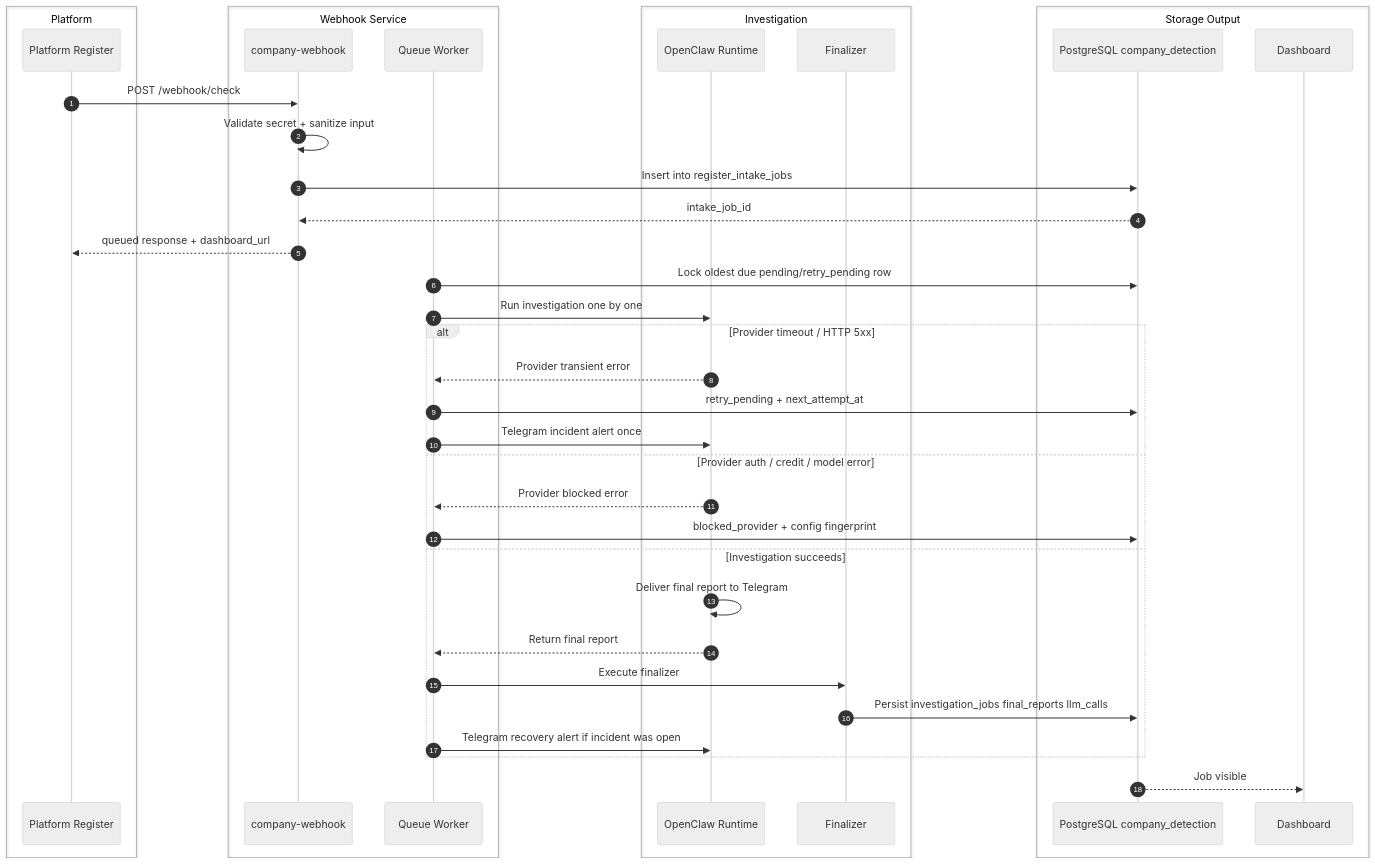
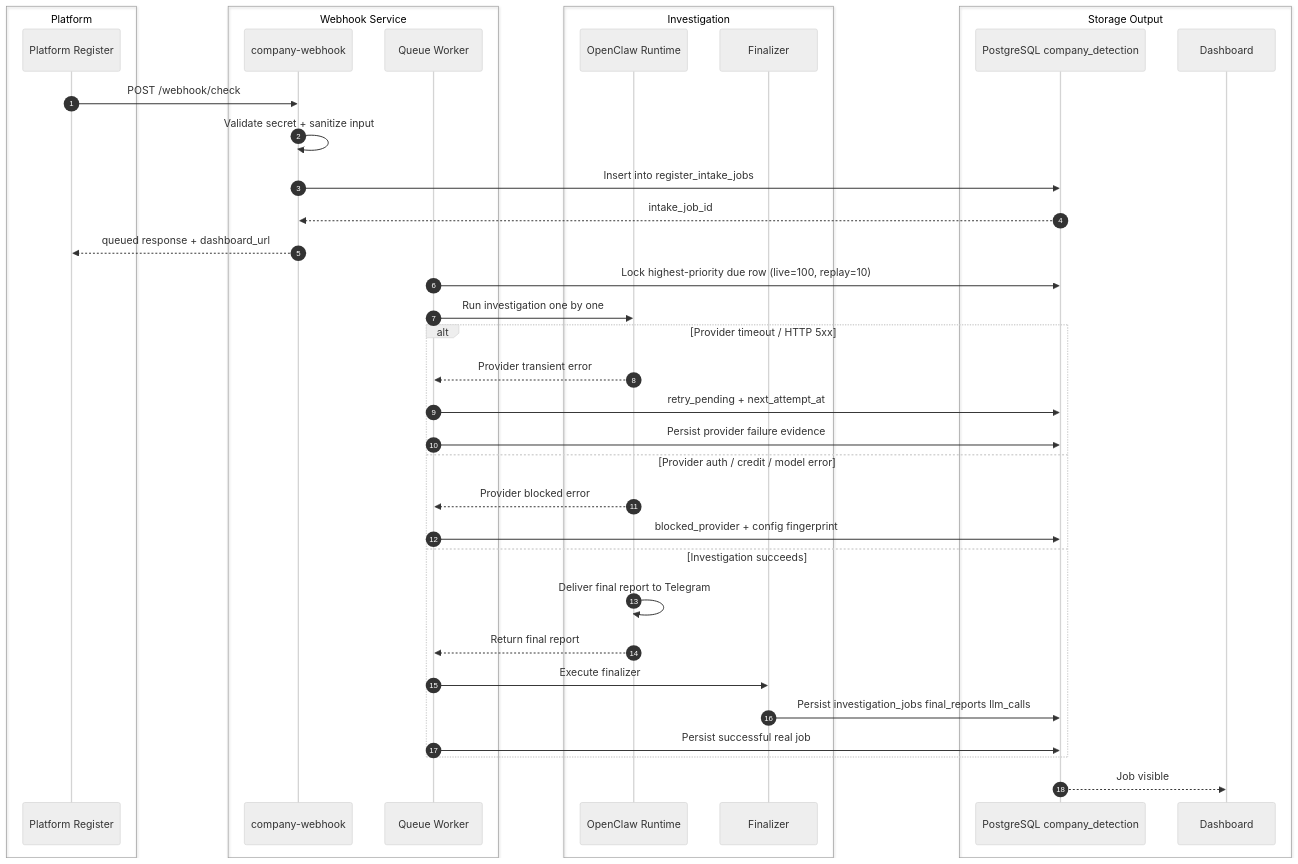
One commit to nunutech40/company-detector-bot changed diagram 11 of 13 in docs/technical/FLOW_MAP.md. Above: the diagram before and after it, drawn with Mermaid (neutral theme). The commit also changed other lines of this file and 17 other files, not shown here.

````diff
--- a/docs/technical/FLOW_MAP.md
+++ b/docs/technical/FLOW_MAP.md
@@ -641,45 +641,45 @@
 ```mermaid
 sequenceDiagram
   autonumber
   box Platform
     participant Platform as Platform Register
   end
 
   box Webhook Service
     participant Webhook as company-webhook
     participant Worker as Queue Worker
   end
 
   box Investigation
     participant OpenClaw as OpenClaw Runtime
     participant Finalizer as Finalizer
   end
 
   box Storage Output
     participant DB as PostgreSQL company_detection
     participant Dashboard as Dashboard
   end
 
   Platform->>Webhook: POST /webhook/check
   Webhook->>Webhook: Validate secret + sanitize input
   Webhook->>DB: Insert into register_intake_jobs
   DB-->>Webhook: intake_job_id
   Webhook-->>Platform: queued response + dashboard_url
-  Worker->>DB: Lock oldest due pending/retry_pending row
+  Worker->>DB: Lock highest-priority due row (live=100, replay=10)
   Worker->>OpenClaw: Run investigation one by one
   alt Provider timeout / HTTP 5xx
     OpenClaw-->>Worker: Provider transient error
     Worker->>DB: retry_pending + next_attempt_at
-    Worker->>OpenClaw: Telegram incident alert once
+    Worker->>DB: Persist provider failure evidence
   else Provider auth / credit / model error
     OpenClaw-->>Worker: Provider blocked error
     Worker->>DB: blocked_provider + config fingerprint
   else Investigation succeeds
     OpenClaw->>OpenClaw: Deliver final report to Telegram
     OpenClaw-->>Worker: Return final report
     Worker->>Finalizer: Execute finalizer
     Finalizer->>DB: Persist investigation_jobs final_reports llm_calls
-    Worker->>OpenClaw: Telegram recovery alert if incident was open
+    Worker->>DB: Persist successful real job
   end
   DB-->>Dashboard: Job visible
 ```
````
